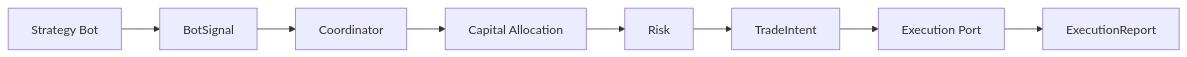
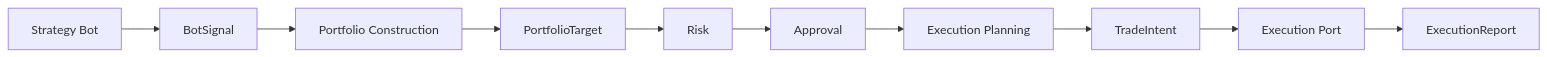
The eighth of 12 diagrams in docs/architecture/system-overview.md (Daxoniel/DX27-Trading-Engine), drawn with Mermaid before and after one commit. The commit also changed other lines of this file and 7 other files, not shown here.

Commit message:
WIP: portfolio construction refactor

````diff
--- a/docs/architecture/system-overview.md
+++ b/docs/architecture/system-overview.md
@@ -572,27 +708,37 @@
 ```mermaid
 flowchart LR
 
     Bot["Strategy Bot"]
 
     Signal["BotSignal"]
 
-    Coordinator["Coordinator"]
+    Construction["Portfolio Construction"]
 
-    Capital["Capital Allocation"]
+    Target["PortfolioTarget"]
 
     Risk["Risk"]
+
+    Approval["Approval"]
+
+    Planning["Execution Planning"]
 
     Intent["TradeIntent"]
 
     Execution["Execution Port"]
 
     Report["ExecutionReport"]
 
     Bot --> Signal
-    Signal --> Coordinator
-    Coordinator --> Capital
-    Capital --> Risk
-    Risk --> Intent
+
+    Signal --> Construction
+    Construction --> Target
+
+    Target --> Risk
+    Risk --> Approval
+
+    Approval --> Planning
+    Planning --> Intent
+
     Intent --> Execution
     Execution --> Report
 ```
````
